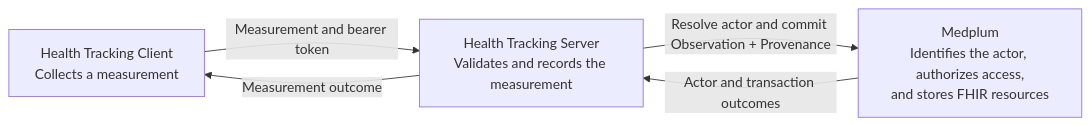
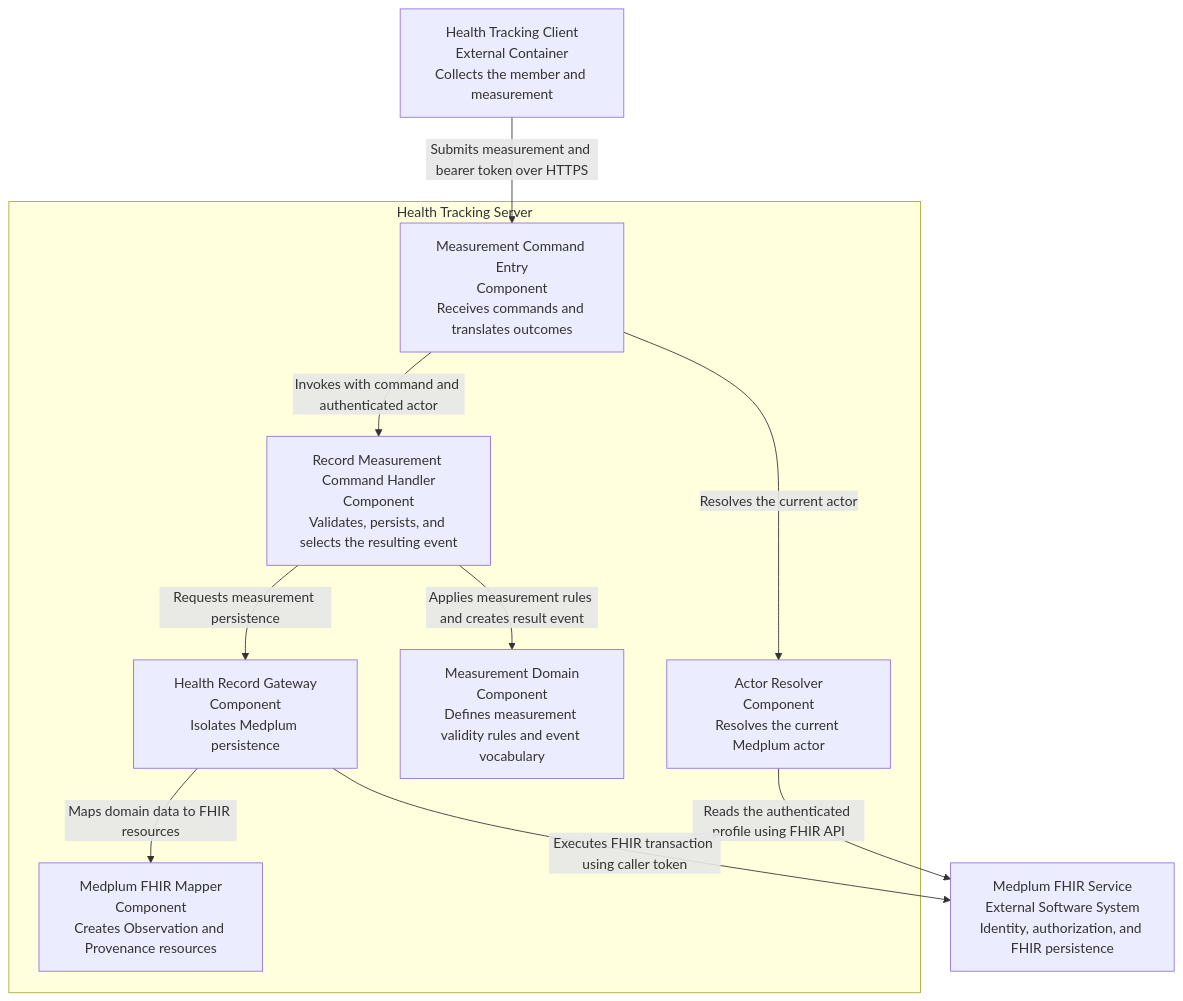
One commit to ragavsathish/medplum changed the first of 2 diagrams in dhf/documents/design/health_tracking.md. Above: the diagram before and after it, drawn with Mermaid. The commit also changed other lines of this file and 2 other files, not shown here.

Commit message:
docs: align health tracking design context

````diff
--- a/dhf/documents/design/health_tracking.md
+++ b/dhf/documents/design/health_tracking.md
@@ -46,11 +75,23 @@
 ```mermaid
-flowchart LR
-    client["Health Tracking Client<br/>Collects a measurement"]
-    server["Health Tracking Server<br/>Validates and records the measurement"]
-    medplum["Medplum<br/>Identifies the actor, authorizes access,<br/>and stores FHIR resources"]
+flowchart TB
+    client["Health Tracking Client<br/>External Container<br/>Collects the member and measurement"]
+    medplum["Medplum FHIR Service<br/>External Software System<br/>Identity, authorization, and FHIR persistence"]
 
-    client -->|"Measurement and bearer token"| server
-    server -->|"Resolve actor and commit Observation + Provenance"| medplum
-    medplum -->|"Actor and transaction outcomes"| server
-    server -->|"Measurement outcome"| client
+    subgraph server["Health Tracking Server"]
+        http["Measurement Command Entry<br/>Component<br/>Receives commands and translates outcomes"]
+        identity["Actor Resolver<br/>Component<br/>Resolves the current Medplum actor"]
+        application["Record Measurement Command Handler<br/>Component<br/>Validates, persists, and selects the resulting event"]
+        domain["Measurement Domain<br/>Component<br/>Defines measurement validity rules and event vocabulary"]
+        repository["Health Record Gateway<br/>Component<br/>Isolates Medplum persistence"]
+        mapper["Medplum FHIR Mapper<br/>Component<br/>Creates Observation and Provenance resources"]
+    end
+
+    client -->|"Submits measurement and bearer token over HTTPS"| http
+    http -->|"Resolves the current actor"| identity
+    identity -->|"Reads the authenticated profile using FHIR API"| medplum
+    http -->|"Invokes with command and authenticated actor"| application
+    application -->|"Applies measurement rules and creates result event"| domain
+    application -->|"Requests measurement persistence"| repository
+    repository -->|"Maps domain data to FHIR resources"| mapper
+    repository -->|"Executes FHIR transaction using caller token"| medplum
 ```
````
